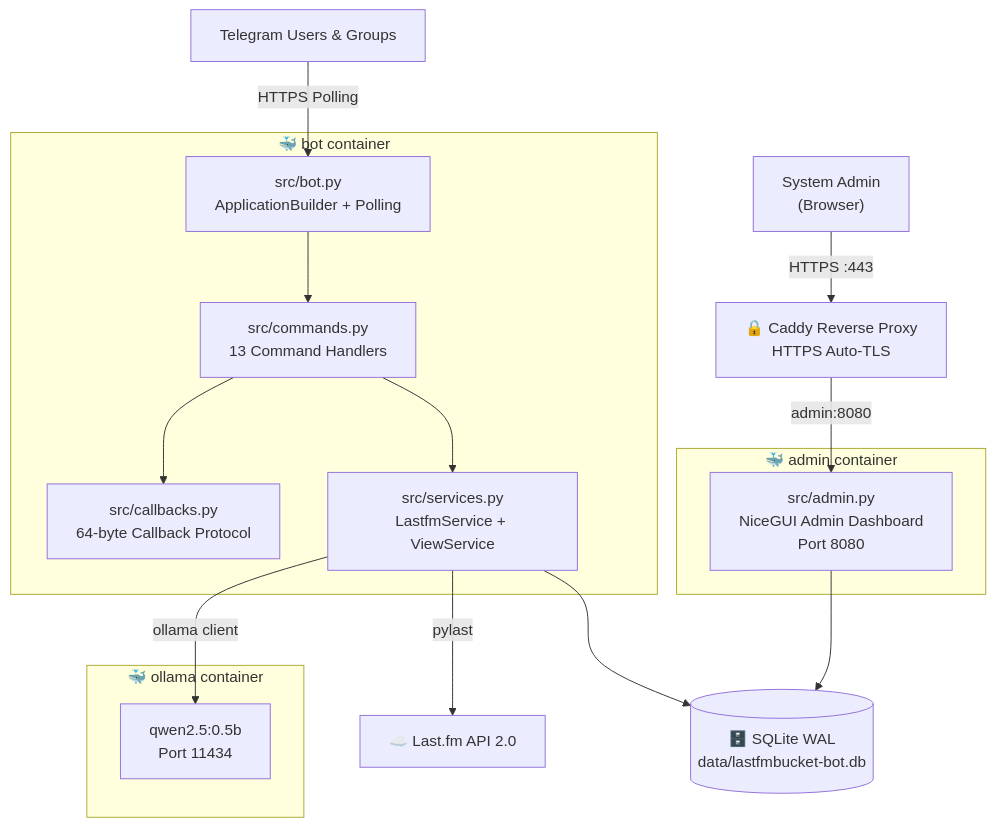
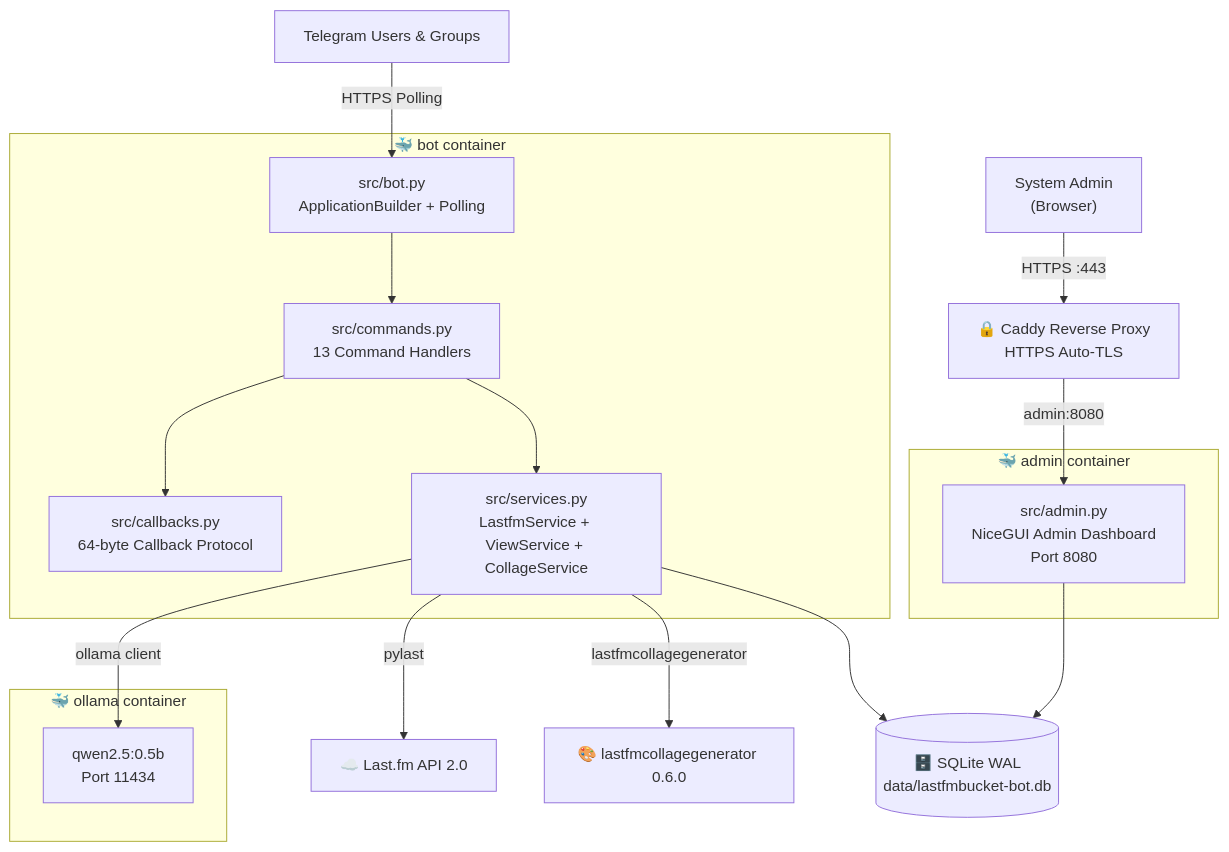
The diagram in README.md (paurieraf/lastfmbucket-bot), drawn with Mermaid before and after one commit. The commit also changed other lines of this file and 16 other files, not shown here.

Commit message:
feat(collage): actualitzar lastfmcollagegenerator a v0.6.0 i millorar la comanda /collage

````diff
--- a/README.md
+++ b/README.md
@@ -47,35 +47,37 @@
 ```mermaid
 graph TB
     TG["Telegram Users & Groups"]
 
     subgraph bot_container["🐳 bot container"]
         BOT["src/bot.py<br/>ApplicationBuilder + Polling"]
         CMD["src/commands.py<br/>13 Command Handlers"]
         CB["src/callbacks.py<br/>64-byte Callback Protocol"]
-        SVC["src/services.py<br/>LastfmService + ViewService"]
+        SVC["src/services.py<br/>LastfmService + ViewService + CollageService"]
     end
 
     subgraph admin_container["🐳 admin container"]
         ADM["src/admin.py<br/>NiceGUI Admin Dashboard<br/>Port 8080"]
     end
 
     subgraph ollama_container["🐳 ollama container"]
         LLM["qwen2.5:0.5b<br/>Port 11434"]
     end
 
     LASTFM["☁️ Last.fm API 2.0"]
+    COLLAGE_GEN["🎨 lastfmcollagegenerator 0.6.0"]
     DB[("🗄️ SQLite WAL<br/>data/lastfmbucket-bot.db")]
     CADDY["🔒 Caddy Reverse Proxy<br/>HTTPS Auto-TLS"]
     ADMIN_USER["System Admin<br/>(Browser)"]
 
     TG -- "HTTPS Polling" --> BOT
     BOT --> CMD
     CMD --> CB
     CMD --> SVC
     SVC -- "pylast" --> LASTFM
+    SVC -- "lastfmcollagegenerator" --> COLLAGE_GEN
     SVC -- "ollama client" --> LLM
     SVC --> DB
     ADM --> DB
     CADDY -- "admin:8080" --> ADM
     ADMIN_USER -- "HTTPS :443" --> CADDY
 ```
````
